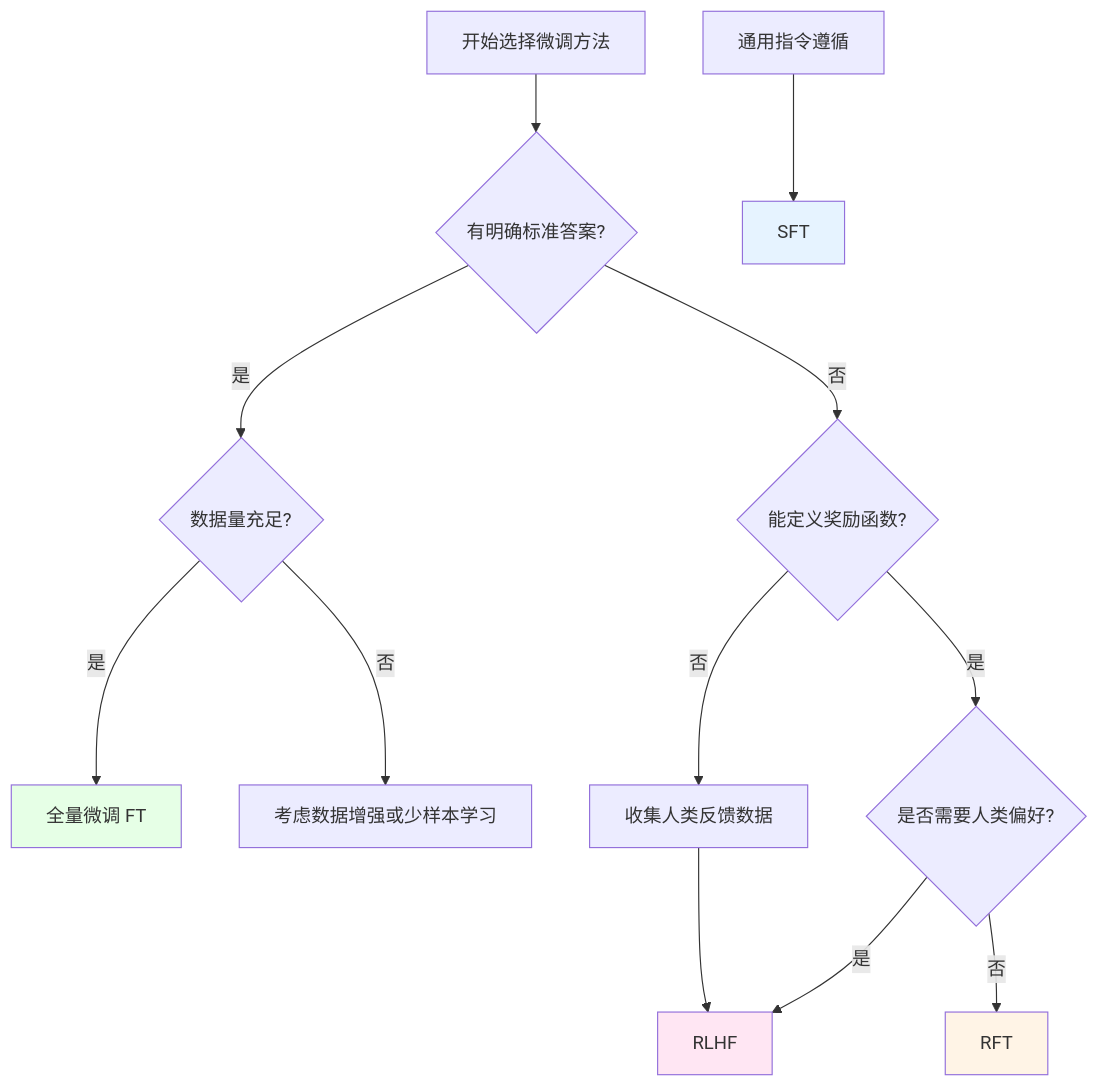
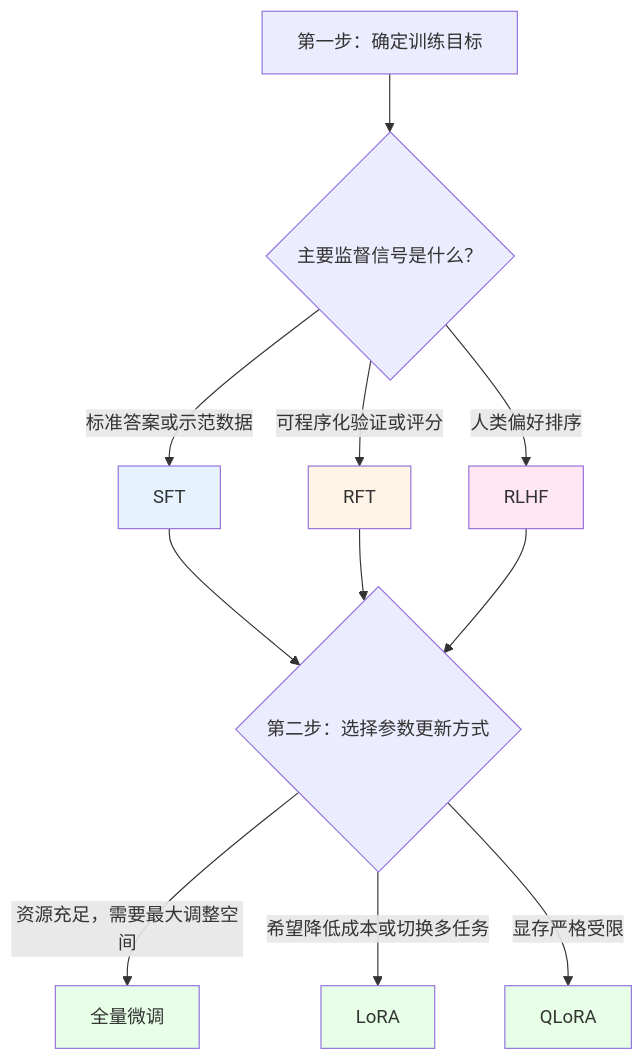
One commit to gqcn/johns-blog changed the tenth of 13 diagrams in docs/docs/1000-AI技术/600-训练微调/3000-AI模型微调技术详解.md. Above: the diagram before and after it, drawn with Mermaid. The commit also changed other lines of this file and 7 other files, not shown here.

````diff
--- a/docs/docs/1000-AI技术/600-训练微调/3000-AI模型微调技术详解.md
+++ b/docs/docs/1000-AI技术/600-训练微调/3000-AI模型微调技术详解.md
@@ -834,24 +1017,22 @@
 ```mermaid
 graph TB
-    A[开始选择微调方法] --> B{有明确标准答案?}
-    B -->|是| C{数据量充足?}
-    B -->|否| D{能定义奖励函数?}
-    
-    C -->|是| E[全量微调 FT]
-    C -->|否| F[考虑数据增强或少样本学习]
-    
-    D -->|是| G{是否需要人类偏好?}
-    D -->|否| H[收集人类反馈数据]
-    
-    G -->|是| I[RLHF]
-    G -->|否| J[RFT]
-    
-    H --> I
-    
-    K[通用指令遵循] --> L[SFT]
-    
-    style E fill:#e6ffe6
-    style L fill:#e6f3ff
-    style J fill:#fff4e6
-    style I fill:#ffe6f3
+    A["第一步：确定训练目标"] --> B{"主要监督信号是什么？"}
+    B -->|"标准答案或示范数据"| C["SFT"]
+    B -->|"可程序化验证或评分"| D["RFT"]
+    B -->|"人类偏好排序"| E["RLHF"]
+
+    C --> F{"第二步：选择参数更新方式"}
+    D --> F
+    E --> F
+
+    F -->|"资源充足，需要最大调整空间"| G["全量微调"]
+    F -->|"希望降低成本或切换多任务"| H["LoRA"]
+    F -->|"显存严格受限"| I["QLoRA"]
+
+    style C fill:#e6f3ff
+    style D fill:#fff4e6
+    style E fill:#ffe6f3
+    style G fill:#e6ffe6
+    style H fill:#e6ffe6
+    style I fill:#e6ffe6
 ```
````
